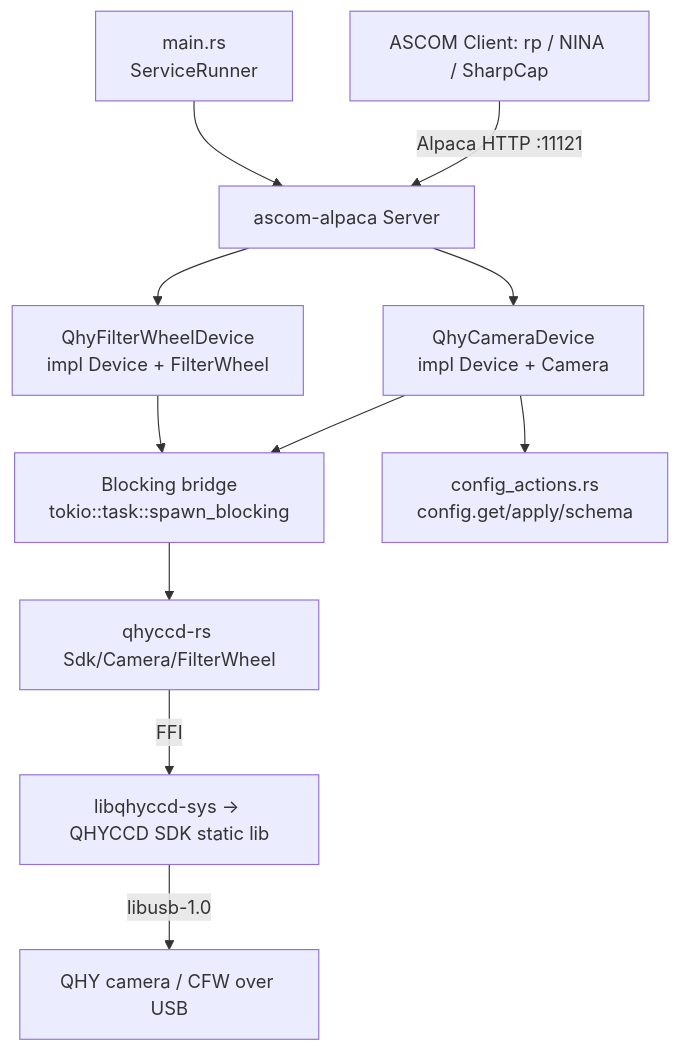
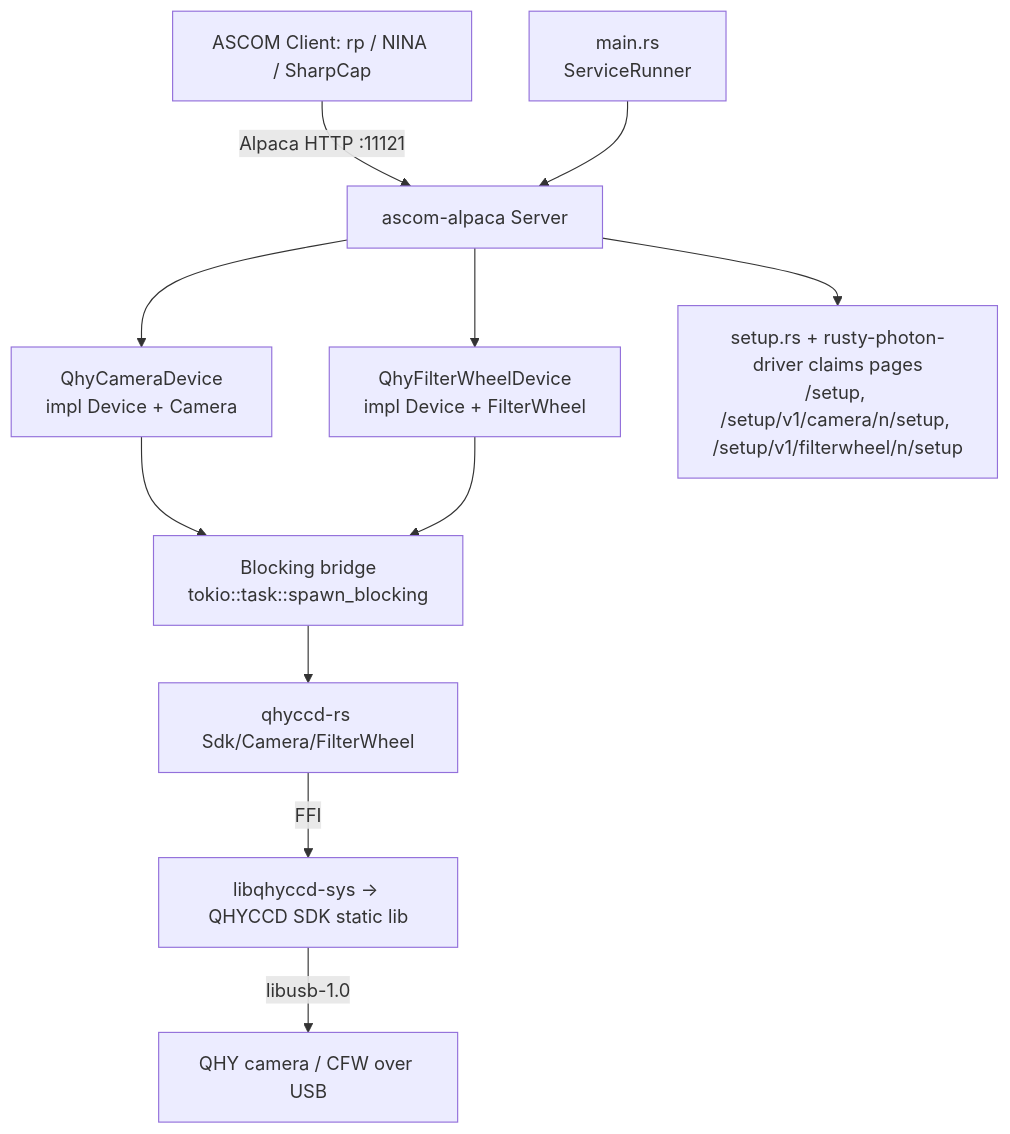
The diagram in docs/services/qhy-camera.md (rusty-photon/rusty-photon), drawn with Mermaid before and after one commit. The commit also changed other lines of this file and 30 other files, not shown here.

````diff
--- a/docs/services/qhy-camera.md
+++ b/docs/services/qhy-camera.md
@@ -142,13 +142,13 @@
 ```mermaid
 graph TD;
     A[ASCOM Client: rp / NINA / SharpCap] -->|Alpaca HTTP :11121| B[ascom-alpaca Server];
     B --> C[QhyCameraDevice<br/>impl Device + Camera];
     B --> FW[QhyFilterWheelDevice<br/>impl Device + FilterWheel];
     C --> BB[Blocking bridge<br/>tokio::task::spawn_blocking];
     FW --> BB;
     BB --> RS[qhyccd-rs Sdk/Camera/FilterWheel];
     RS -->|FFI| SDK[libqhyccd-sys → QHYCCD SDK static lib];
     SDK -->|libusb-1.0| HW[QHY camera / CFW over USB];
-    C --> CA[config_actions.rs<br/>config.get/apply/schema];
+    B --> SP[setup.rs + rusty-photon-driver claims pages<br/>/setup, /setup/v1/camera/n/setup, /setup/v1/filterwheel/n/setup];
     M[main.rs<br/>ServiceRunner] --> B;
 ```
````
